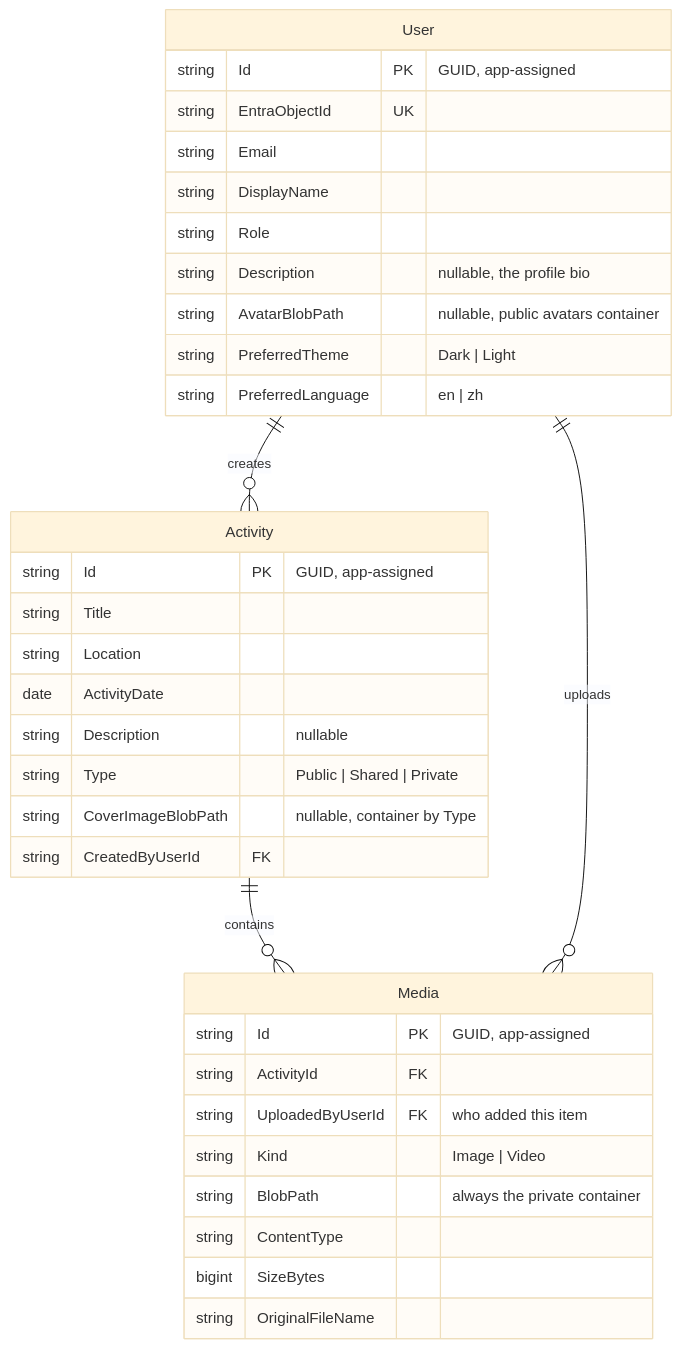
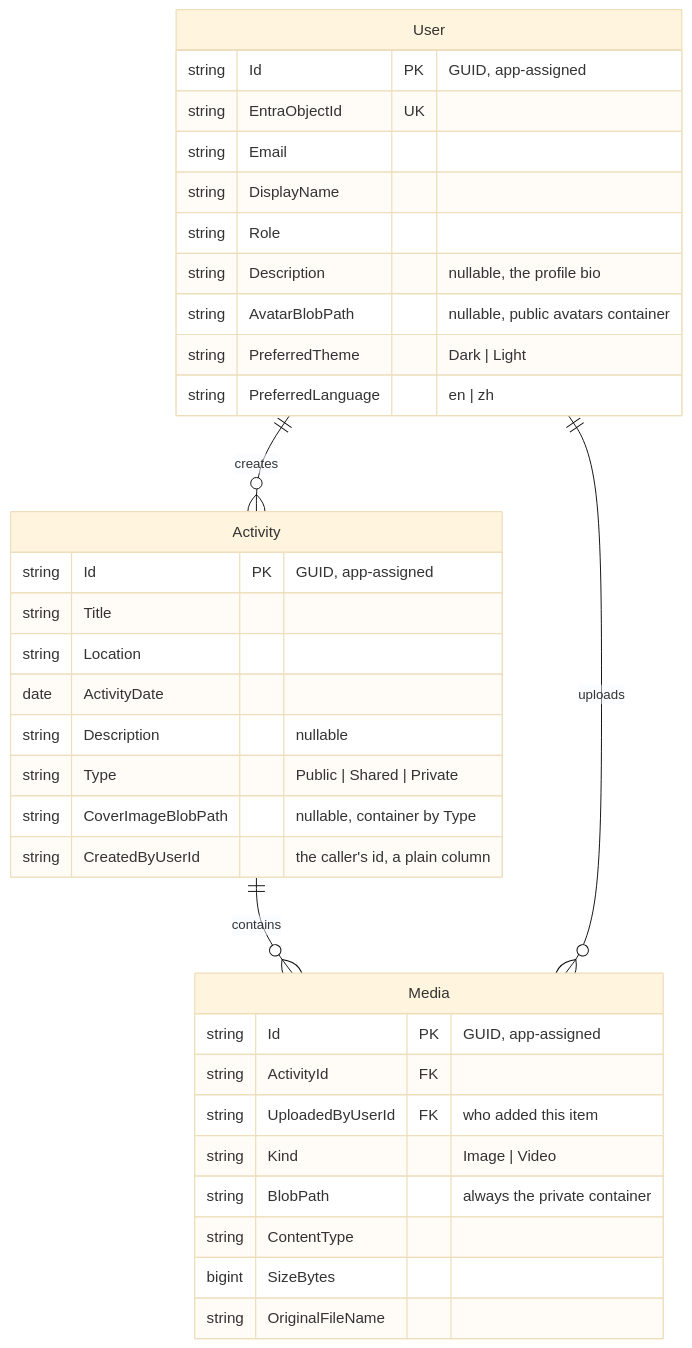
The diagram in docs/PRD.md (RhaegarC/TrailBlaze), drawn with Mermaid (base theme) before and after one commit. The commit also changed other lines of this file and 31 other files, not shown here.

````diff
--- a/docs/PRD.md
+++ b/docs/PRD.md
@@ -186,37 +187,37 @@
 ```mermaid
 erDiagram
     User ||--o{ Activity : creates
     Activity ||--o{ Media : contains
     User ||--o{ Media : uploads
     User {
         string Id PK "GUID, app-assigned"
         string EntraObjectId UK
         string Email
         string DisplayName
         string Role
         string Description "nullable, the profile bio"
         string AvatarBlobPath "nullable, public avatars container"
         string PreferredTheme "Dark | Light"
         string PreferredLanguage "en | zh"
     }
     Activity {
         string Id PK "GUID, app-assigned"
         string Title
         string Location
         date ActivityDate
         string Description "nullable"
         string Type "Public | Shared | Private"
         string CoverImageBlobPath "nullable, container by Type"
-        string CreatedByUserId FK
+        string CreatedByUserId "the caller's id, a plain column"
     }
     Media {
         string Id PK "GUID, app-assigned"
         string ActivityId FK
         string UploadedByUserId FK "who added this item"
         string Kind "Image | Video"
         string BlobPath "always the private container"
         string ContentType
         bigint SizeBytes
         string OriginalFileName
     }
 ```
````
